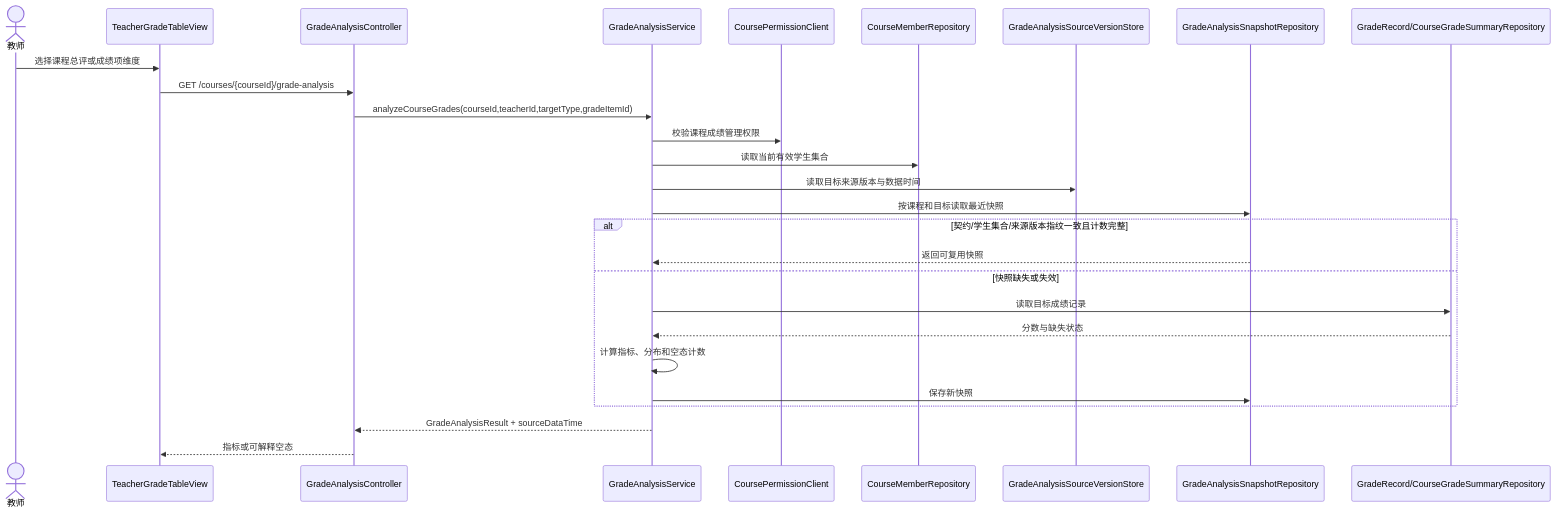
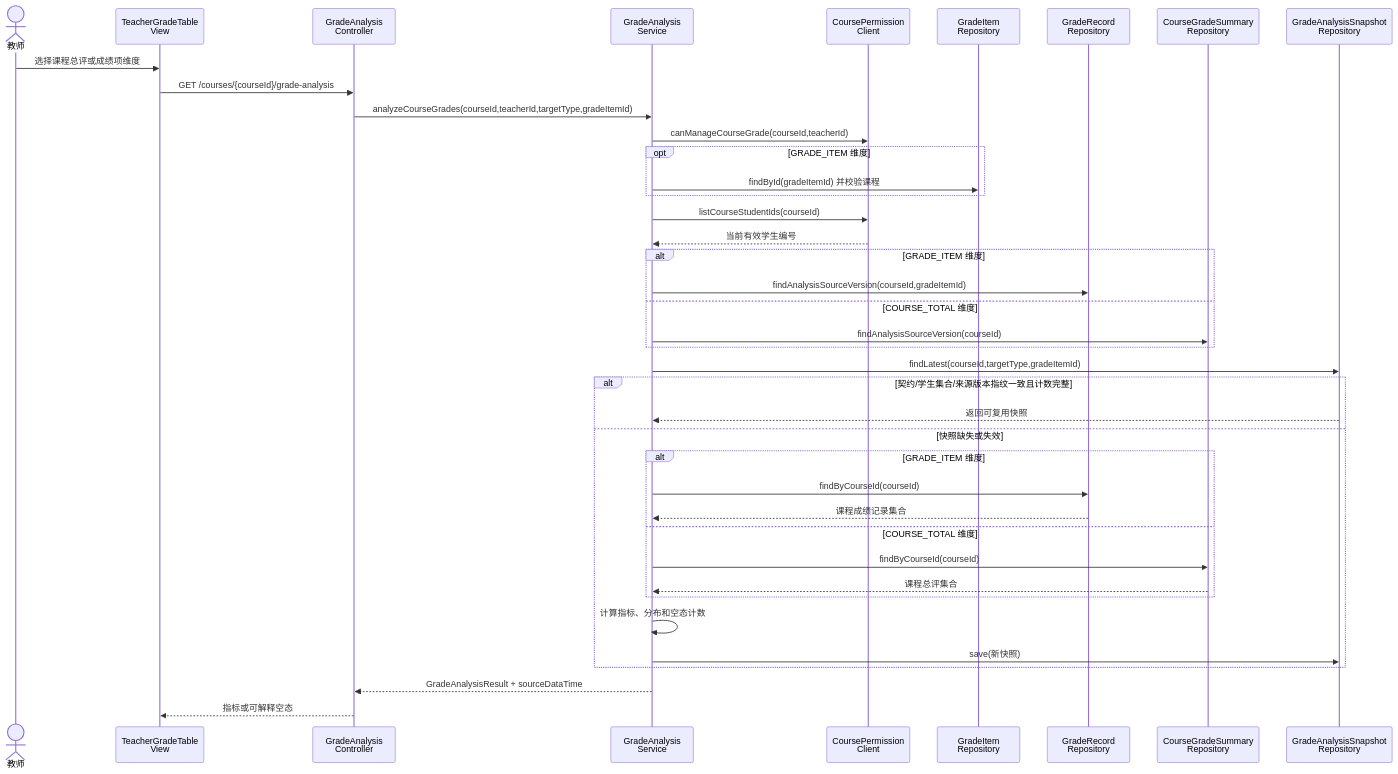
Before and after one commit to Cr4zyorange/OnlineJudge: the diagram in docs/diagrams/grd/fig_3_6_13_grade_analysis_sequence.mmd, drawn with Mermaid. The commit also changed 4 other files, not shown here.

```diff
--- a/docs/diagrams/grd/fig_3_6_13_grade_analysis_sequence.mmd
+++ b/docs/diagrams/grd/fig_3_6_13_grade_analysis_sequence.mmd
@@ -1,27 +1,40 @@
 sequenceDiagram
   actor Teacher as 教师
-  participant View as TeacherGradeTableView
-  participant Controller as GradeAnalysisController
-  participant Service as GradeAnalysisService
-  participant Permission as CoursePermissionClient
-  participant MemberRepo as CourseMemberRepository
-  participant Version as GradeAnalysisSourceVersionStore
-  participant SnapshotRepo as GradeAnalysisSnapshotRepository
-  participant GradeRepo as GradeRecord/CourseGradeSummaryRepository
+  participant View as TeacherGradeTable<br/>View
+  participant Controller as GradeAnalysis<br/>Controller
+  participant Service as GradeAnalysis<br/>Service
+  participant Permission as CoursePermission<br/>Client
+  participant ItemRepo as GradeItem<br/>Repository
+  participant RecordRepo as GradeRecord<br/>Repository
+  participant SummaryRepo as CourseGradeSummary<br/>Repository
+  participant SnapshotRepo as GradeAnalysisSnapshot<br/>Repository
   Teacher->>View: 选择课程总评或成绩项维度
   View->>Controller: GET /courses/{courseId}/grade-analysis
   Controller->>Service: analyzeCourseGrades(courseId,teacherId,targetType,gradeItemId)
-  Service->>Permission: 校验课程成绩管理权限
-  Service->>MemberRepo: 读取当前有效学生集合
-  Service->>Version: 读取目标来源版本与数据时间
-  Service->>SnapshotRepo: 按课程和目标读取最近快照
+  Service->>Permission: canManageCourseGrade(courseId,teacherId)
+  opt GRADE_ITEM 维度
+    Service->>ItemRepo: findById(gradeItemId) 并校验课程
+  end
+  Service->>Permission: listCourseStudentIds(courseId)
+  Permission-->>Service: 当前有效学生编号
+  alt GRADE_ITEM 维度
+    Service->>RecordRepo: findAnalysisSourceVersion(courseId,gradeItemId)
+  else COURSE_TOTAL 维度
+    Service->>SummaryRepo: findAnalysisSourceVersion(courseId)
+  end
+  Service->>SnapshotRepo: findLatest(courseId,targetType,gradeItemId)
   alt 契约/学生集合/来源版本指纹一致且计数完整
     SnapshotRepo-->>Service: 返回可复用快照
   else 快照缺失或失效
-    Service->>GradeRepo: 读取目标成绩记录
-    GradeRepo-->>Service: 分数与缺失状态
+    alt GRADE_ITEM 维度
+      Service->>RecordRepo: findByCourseId(courseId)
+      RecordRepo-->>Service: 课程成绩记录集合
+    else COURSE_TOTAL 维度
+      Service->>SummaryRepo: findByCourseId(courseId)
+      SummaryRepo-->>Service: 课程总评集合
+    end
     Service->>Service: 计算指标、分布和空态计数
-    Service->>SnapshotRepo: 保存新快照
+    Service->>SnapshotRepo: save(新快照)
   end
   Service-->>Controller: GradeAnalysisResult + sourceDataTime
   Controller-->>View: 指标或可解释空态
```
